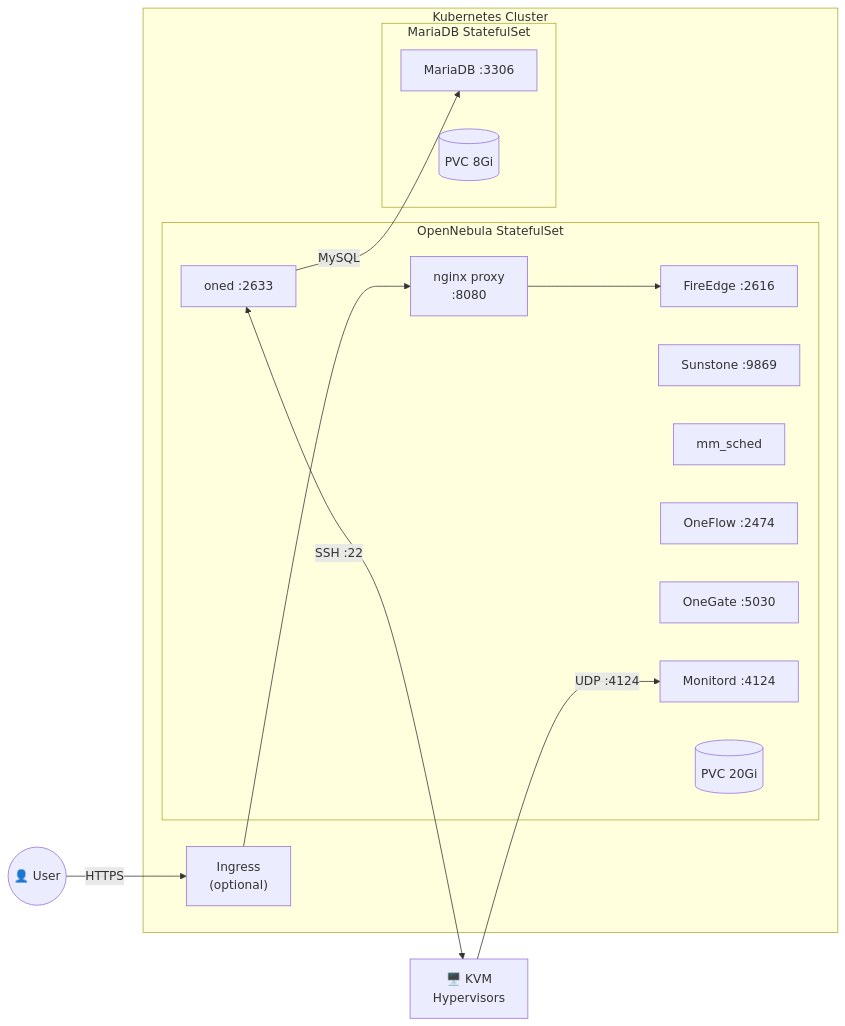
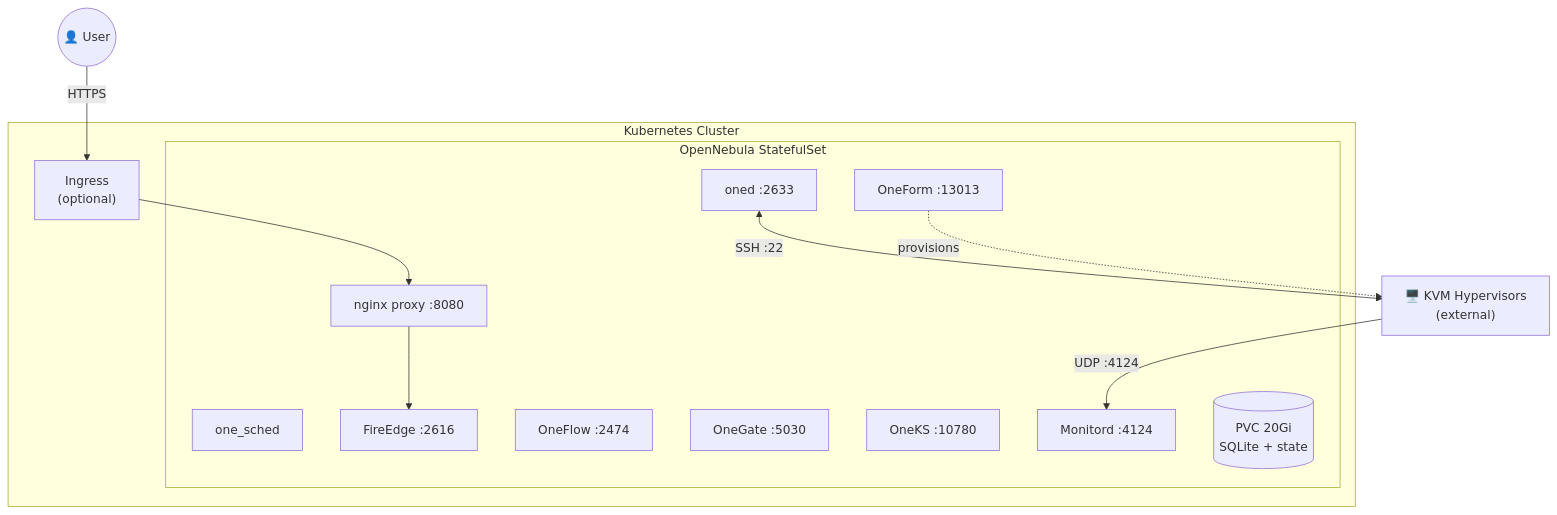
Before and after one commit to pablodelarco/opennebula-helm: the diagram in README.md, drawn with Mermaid. The commit also changed other lines of this file and 4 other files, not shown here.

````diff
--- a/README.md
+++ b/README.md
@@ -161,31 +65,27 @@
 ```mermaid
-graph LR
+graph TB
     User(("👤 User"))
-    Hyp["🖥️ KVM<br/>Hypervisors"]
+    Hyp["🖥️ KVM Hypervisors<br/>(external)"]
 
     subgraph k8s["Kubernetes Cluster"]
         Ingress["Ingress<br/>(optional)"]
 
         subgraph one["OpenNebula StatefulSet"]
-            nginx["nginx proxy<br/>:8080"]
+            nginx["nginx proxy :8080"]
             oned["oned :2633"]
+            sched["one_sched"]
             fe["FireEdge :2616"]
-            sun["Sunstone :9869"]
-            sched["mm_sched"]
             flow["OneFlow :2474"]
             gate["OneGate :5030"]
+            form["OneForm :13013"]
+            ks["OneKS :10780"]
             mon["Monitord :4124"]
-            pvc1[("PVC 20Gi")]
-        end
-
-        subgraph db["MariaDB StatefulSet"]
-            maria["MariaDB :3306"]
-            pvc2[("PVC 8Gi")]
+            pvc[("PVC 20Gi<br/>SQLite + state")]
         end
     end
 
     User -->|HTTPS| Ingress --> nginx --> fe
-    oned -->|"MySQL"| maria
     oned <-->|"SSH :22"| Hyp
     Hyp -->|"UDP :4124"| mon
+    form -.->|provisions| Hyp
 ```
````
